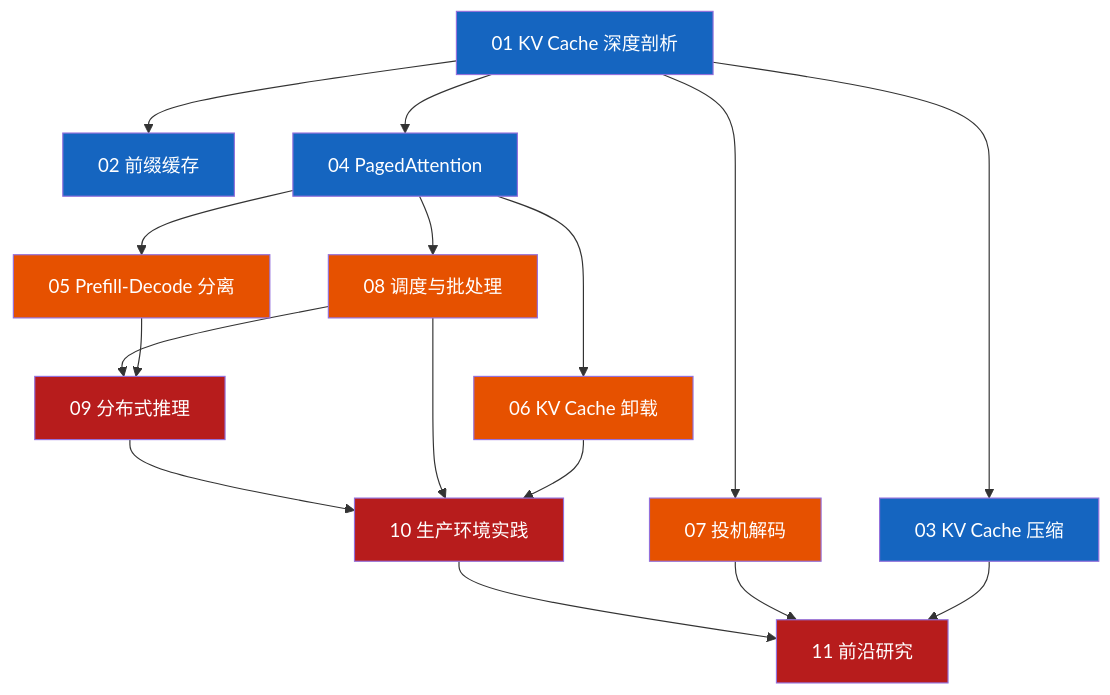
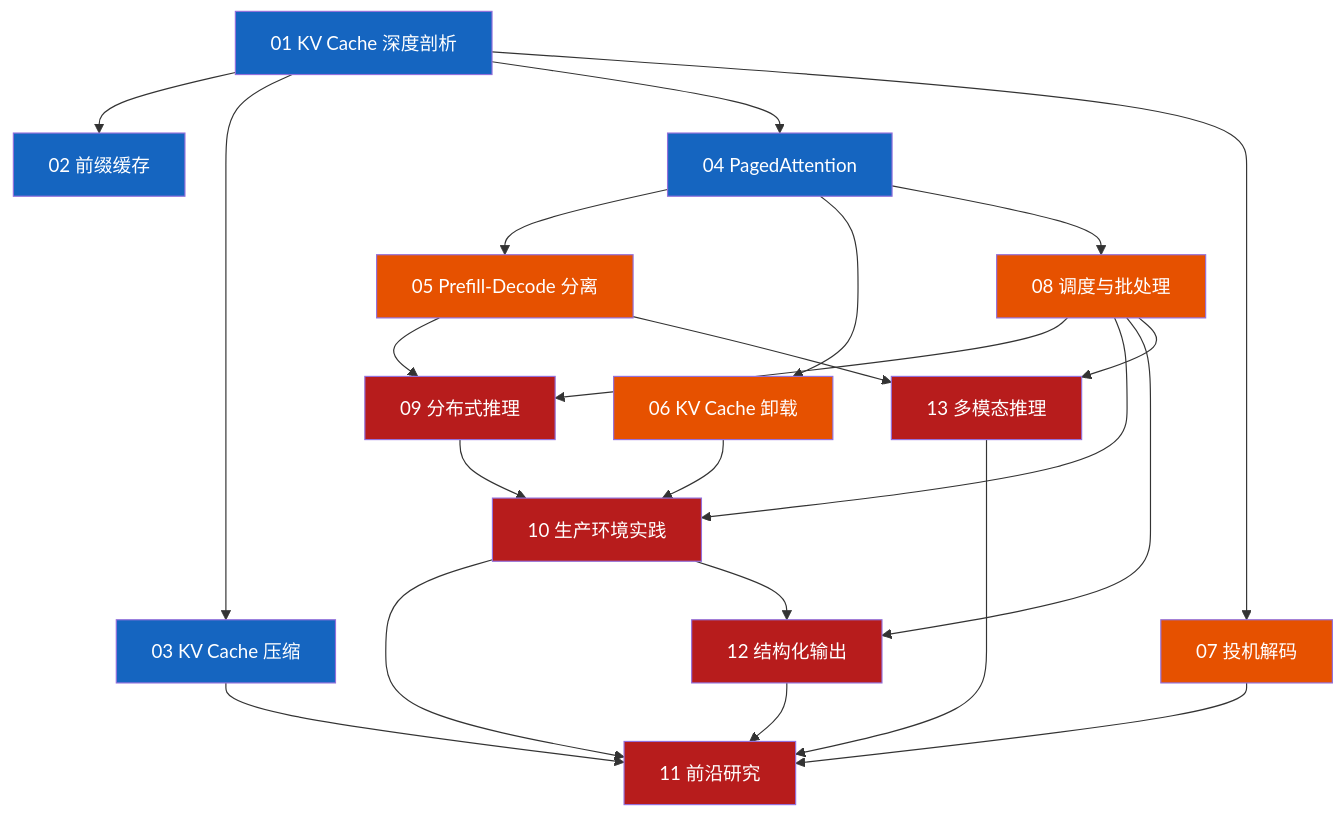
One commit to NightLemon/llm-serving-deep-dive changed the diagram in README.md. Above: the diagram before and after it, drawn with Mermaid. The commit also changed other lines of this file and 14 other files, not shown here.

````diff
--- a/README.md
+++ b/README.md
@@ -43,36 +45,45 @@
 ```mermaid
 graph TD
     A[01 KV Cache 深度剖析] --> B[02 前缀缓存]
     A --> C[03 KV Cache 压缩]
     A --> D[04 PagedAttention]
 
     D --> E[05 Prefill-Decode 分离]
     D --> F[06 KV Cache 卸载]
 
     A --> G[07 投机解码]
 
     D --> H[08 调度与批处理]
 
     H --> I[09 分布式推理]
     E --> I
 
     I --> J[10 生产环境实践]
     H --> J
     F --> J
 
     J --> K[11 前沿研究]
     G --> K
     C --> K
 
+    H --> L[12 结构化输出]
+    J --> L
+    H --> M[13 多模态推理]
+    E --> M
+    L --> K
+    M --> K
+
     style A fill:#1565c0,color:#fff
     style B fill:#1565c0,color:#fff
     style C fill:#1565c0,color:#fff
     style D fill:#1565c0,color:#fff
     style E fill:#e65100,color:#fff
     style F fill:#e65100,color:#fff
     style G fill:#e65100,color:#fff
     style H fill:#e65100,color:#fff
     style I fill:#b71c1c,color:#fff
     style J fill:#b71c1c,color:#fff
     style K fill:#b71c1c,color:#fff
+    style L fill:#b71c1c,color:#fff
+    style M fill:#b71c1c,color:#fff
 ```
````
